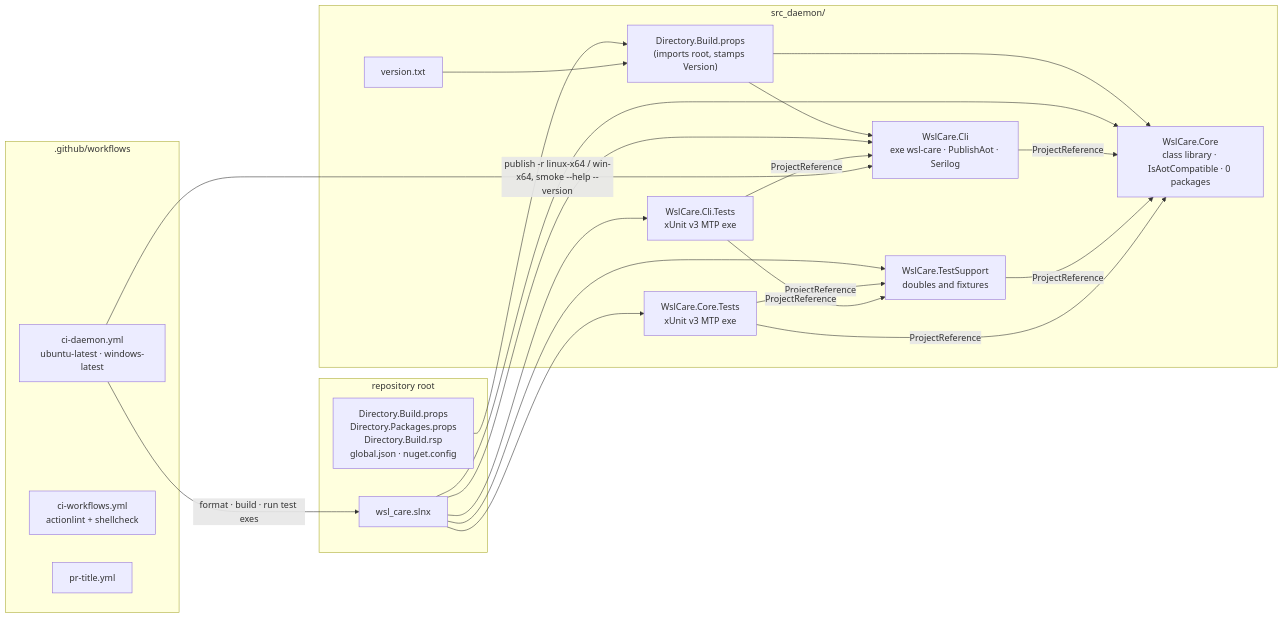
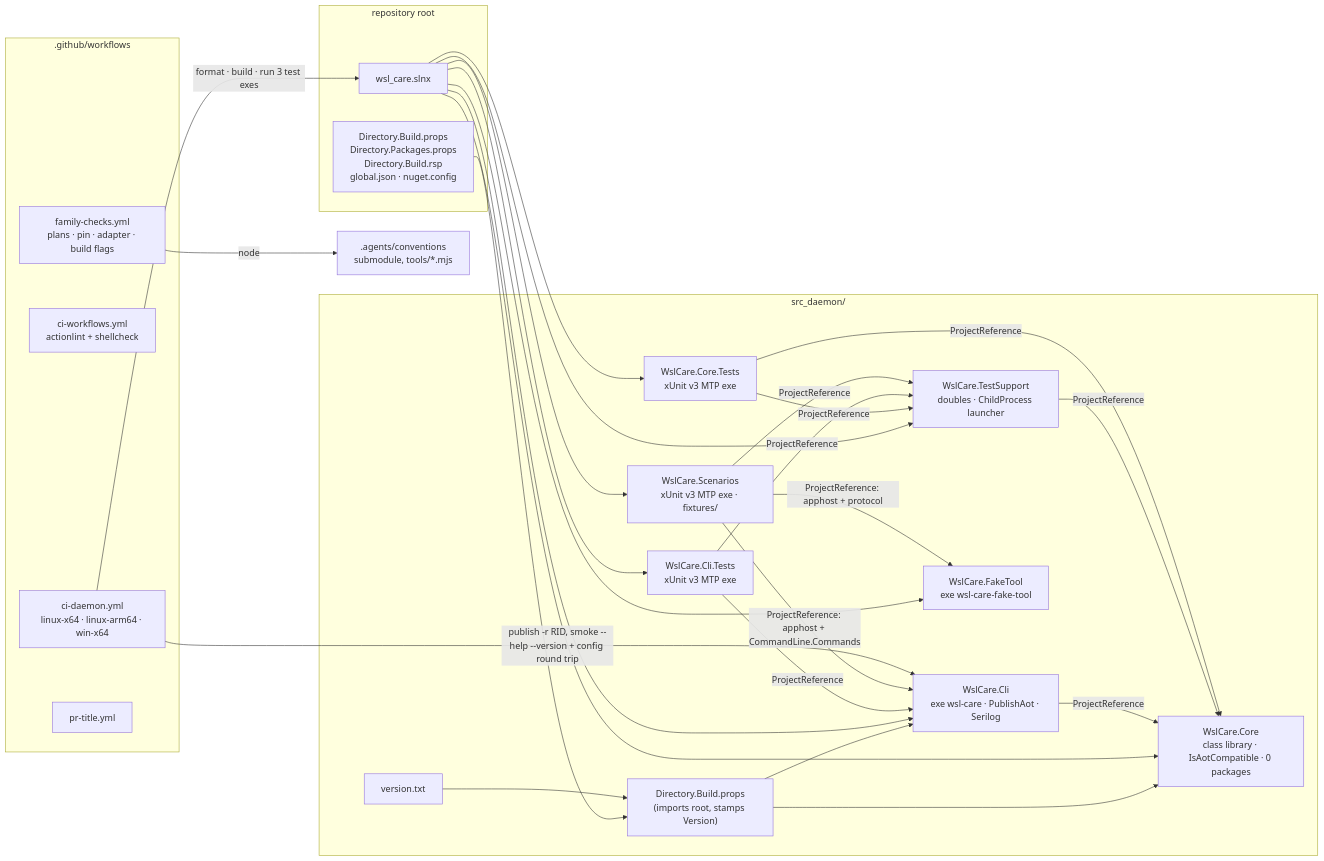
Before and after one commit to oleksandrdubyna88/wsl_care: the first of 3 diagrams in research/architecture.md, drawn with Mermaid. The commit also changed other lines of this file and 22 other files, not shown here.

````diff
--- a/research/architecture.md
+++ b/research/architecture.md
@@ -86,41 +95,52 @@
 ```mermaid
 flowchart LR
     subgraph root["repository root"]
         props["Directory.Build.props<br/>Directory.Packages.props<br/>Directory.Build.rsp<br/>global.json · nuget.config"]
         slnx["wsl_care.slnx"]
     end
 
     subgraph daemon["src_daemon/"]
         ver["version.txt"]
         dprops["Directory.Build.props<br/>(imports root, stamps Version)"]
         core["WslCare.Core<br/>class library · IsAotCompatible · 0 packages"]
         cli["WslCare.Cli<br/>exe wsl-care · PublishAot · Serilog"]
-        support["WslCare.TestSupport<br/>doubles and fixtures"]
+        support["WslCare.TestSupport<br/>doubles · ChildProcess launcher"]
         coreT["WslCare.Core.Tests<br/>xUnit v3 MTP exe"]
         cliT["WslCare.Cli.Tests<br/>xUnit v3 MTP exe"]
+        fake["WslCare.FakeTool<br/>exe wsl-care-fake-tool"]
+        scn["WslCare.Scenarios<br/>xUnit v3 MTP exe · fixtures/"]
     end
 
     subgraph ci[".github/workflows"]
-        ciD["ci-daemon.yml<br/>ubuntu-latest · windows-latest"]
+        ciD["ci-daemon.yml<br/>linux-x64 · linux-arm64 · win-x64"]
         ciW["ci-workflows.yml<br/>actionlint + shellcheck"]
+        ciF["family-checks.yml<br/>plans · pin · adapter · build flags"]
         prT["pr-title.yml"]
     end
+
+    conv[".agents/conventions<br/>submodule, tools/*.mjs"]
 
     props --> dprops
     ver --> dprops
     dprops --> core
     dprops --> cli
     slnx --> core
     slnx --> cli
     slnx --> support
     slnx --> coreT
     slnx --> cliT
+    slnx --> fake
+    slnx --> scn
     cli -->|ProjectReference| core
     support -->|ProjectReference| core
     coreT -->|ProjectReference| core
     coreT -->|ProjectReference| support
     cliT -->|ProjectReference| cli
     cliT -->|ProjectReference| support
-    ciD -->|format · build · run test exes| slnx
-    ciD -->|"publish -r linux-x64 / win-x64, smoke --help --version"| cli
+    scn -->|"ProjectReference: apphost + CommandLine.Commands"| cli
+    scn -->|"ProjectReference: apphost + protocol"| fake
+    scn -->|ProjectReference| support
+    ciD -->|format · build · run 3 test exes| slnx
+    ciD -->|"publish -r RID, smoke --help --version + config round trip"| cli
+    ciF -->|node| conv
 ```
````
